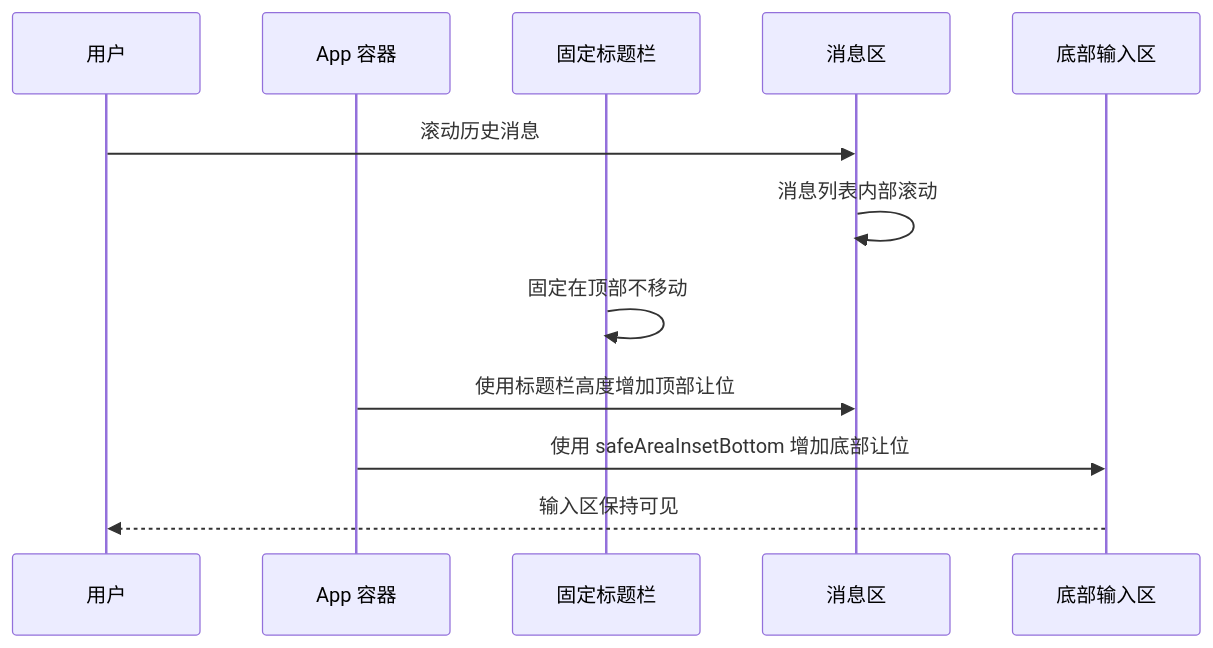
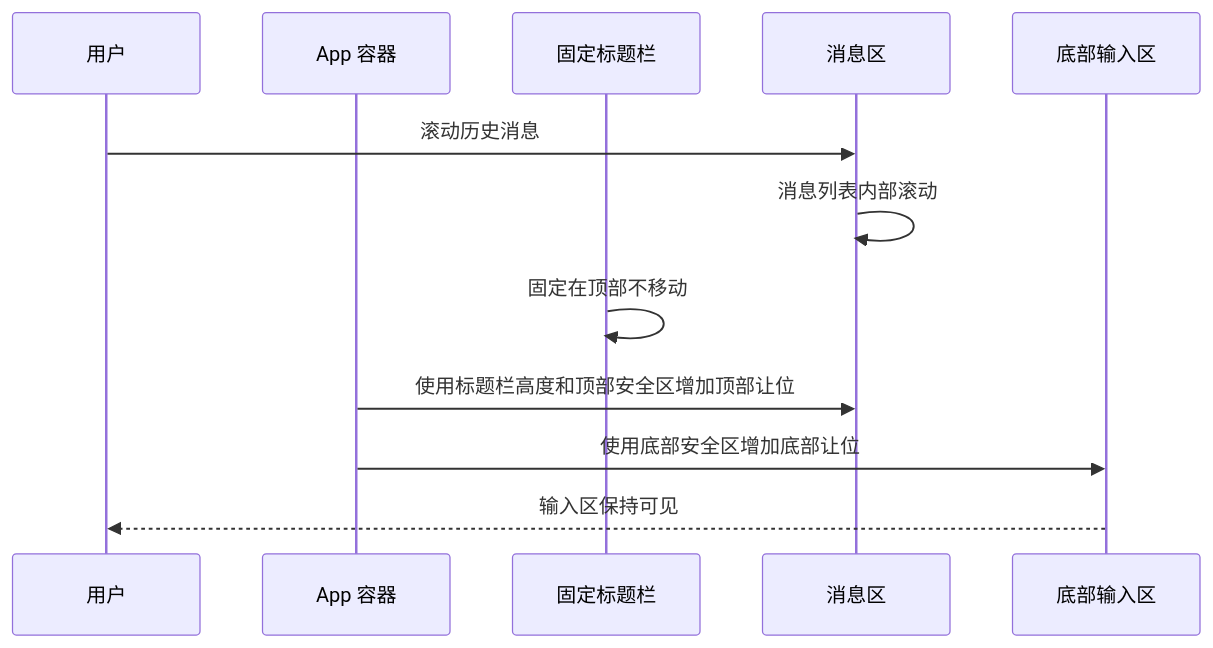
One commit to Abelsjcheng/skillSDK changed the third of 3 diagrams in ai-chat-viewer/docs/plans/2026-06-18-we-agent-cui-harmony-split-layout-plan.md. Above: the diagram before and after it, drawn with Mermaid. The commit also changed other lines of this file and 6 other files, not shown here.

````diff
--- a/ai-chat-viewer/docs/plans/2026-06-18-we-agent-cui-harmony-split-layout-plan.md
+++ b/ai-chat-viewer/docs/plans/2026-06-18-we-agent-cui-harmony-split-layout-plan.md
@@ -96,15 +100,15 @@
 ```mermaid
 sequenceDiagram
     participant User as 用户
     participant App as App 容器
     participant Header as 固定标题栏
     participant Content as 消息区
     participant Footer as 底部输入区
 
     User->>Content: 滚动历史消息
     Content->>Content: 消息列表内部滚动
     Header->>Header: 固定在顶部不移动
-    App->>Content: 使用标题栏高度增加顶部让位
-    App->>Footer: 使用 safeAreaInsetBottom 增加底部让位
+    App->>Content: 使用标题栏高度和顶部安全区增加顶部让位
+    App->>Footer: 使用底部安全区增加底部让位
     Footer-->>User: 输入区保持可见
 ```
````
